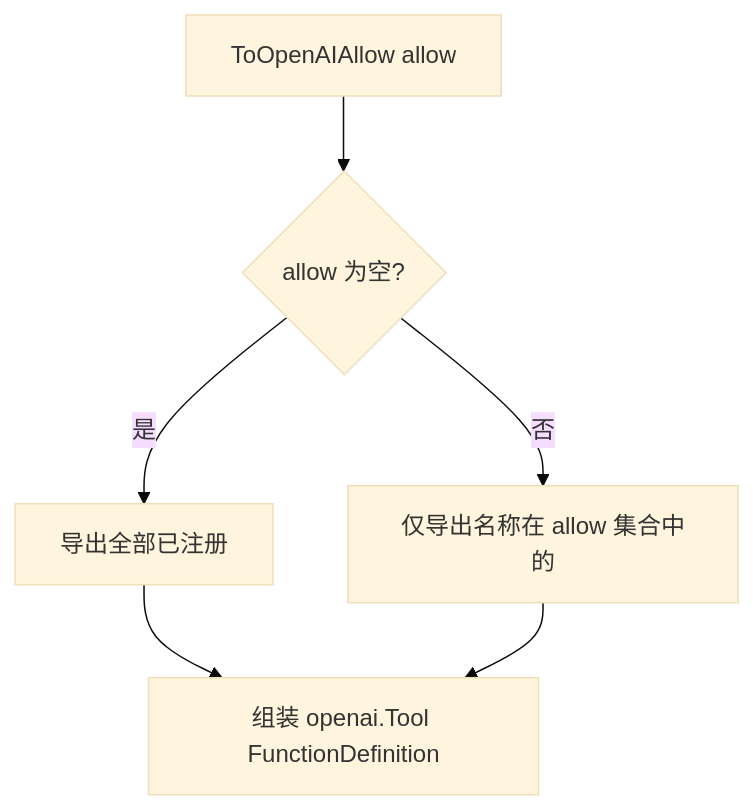
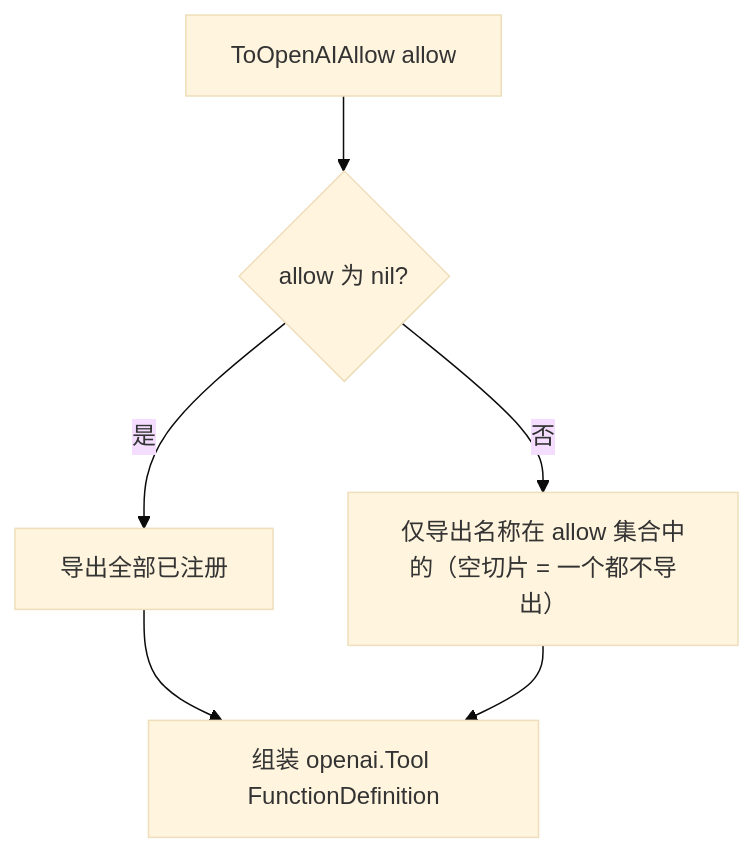
One commit to xgk1906806hjy/Hi-Agent changed the first of 3 diagrams in docs/tools/功能逻辑.md. Above: the diagram before and after it, drawn with Mermaid (base theme). The commit also changed other lines of this file and 38 other files, not shown here.

````diff
--- a/docs/tools/功能逻辑.md
+++ b/docs/tools/功能逻辑.md
@@ -44,8 +44,8 @@
 ```mermaid
 flowchart TD
-  A[ToOpenAIAllow allow] --> B{allow 为空?}
+  A[ToOpenAIAllow allow] --> B{allow 为 nil?}
   B -->|是| C[导出全部已注册]
-  B -->|否| D[仅导出名称在 allow 集合中的]
+  B -->|否| D[仅导出名称在 allow 集合中的（空切片 = 一个都不导出）]
   C --> E[组装 openai.Tool FunctionDefinition]
   D --> E
 ```
````
